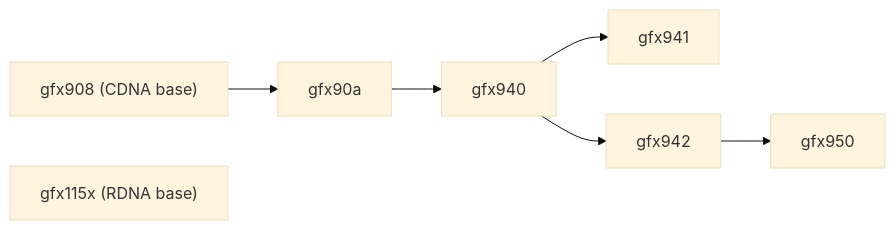
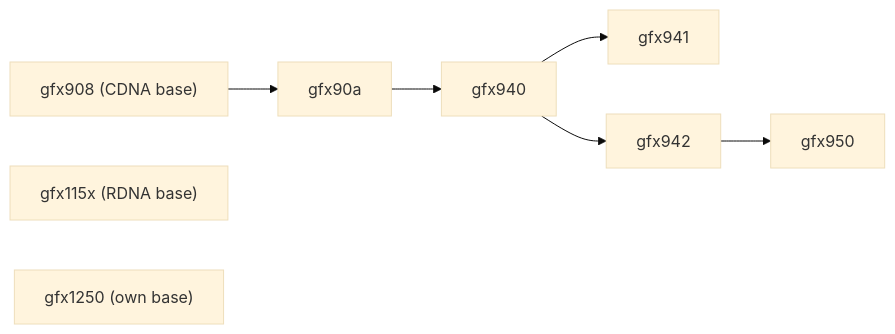
One commit to ROCm/rocm-systems changed the third of 5 diagrams in projects/rocprofiler-compute/docs/design/analysis-config-redesign/hld-analysis-config-redesign.md. Above: the diagram before and after it, drawn with Mermaid (base theme). The commit also changed other lines of this file and 3 other files, not shown here.

````diff
--- a/projects/rocprofiler-compute/docs/design/analysis-config-redesign/hld-analysis-config-redesign.md
+++ b/projects/rocprofiler-compute/docs/design/analysis-config-redesign/hld-analysis-config-redesign.md
@@ -284,11 +284,12 @@
 ```mermaid
 flowchart LR
     gfx908["gfx908 (CDNA base)"]
     gfx115x["gfx115x (RDNA base)"]
+    gfx1250["gfx1250 (own base)"]
 
     gfx908 --> gfx90a
     gfx90a --> gfx940
     gfx940 --> gfx941
     gfx940 --> gfx942
     gfx942 --> gfx950
 ```
````
